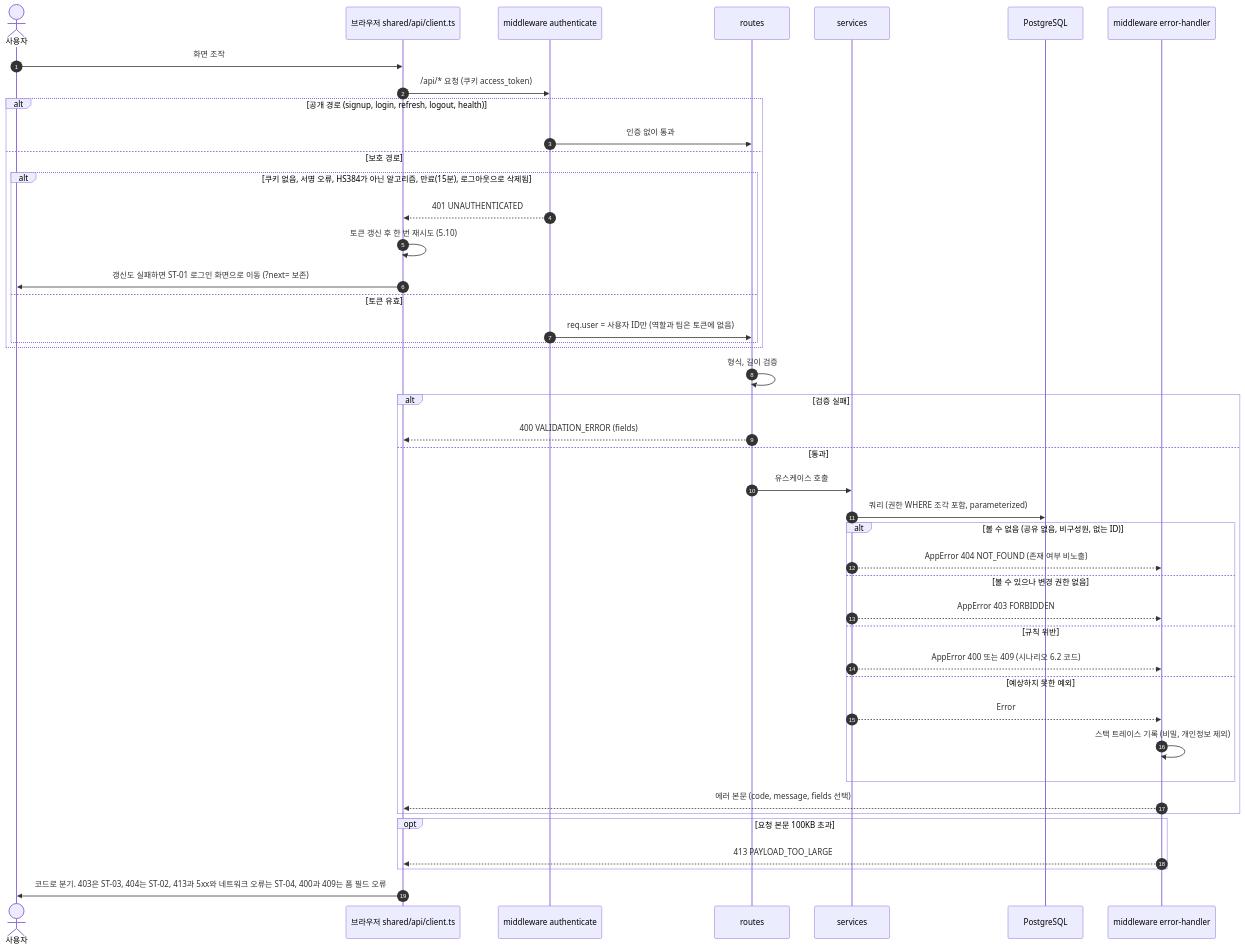
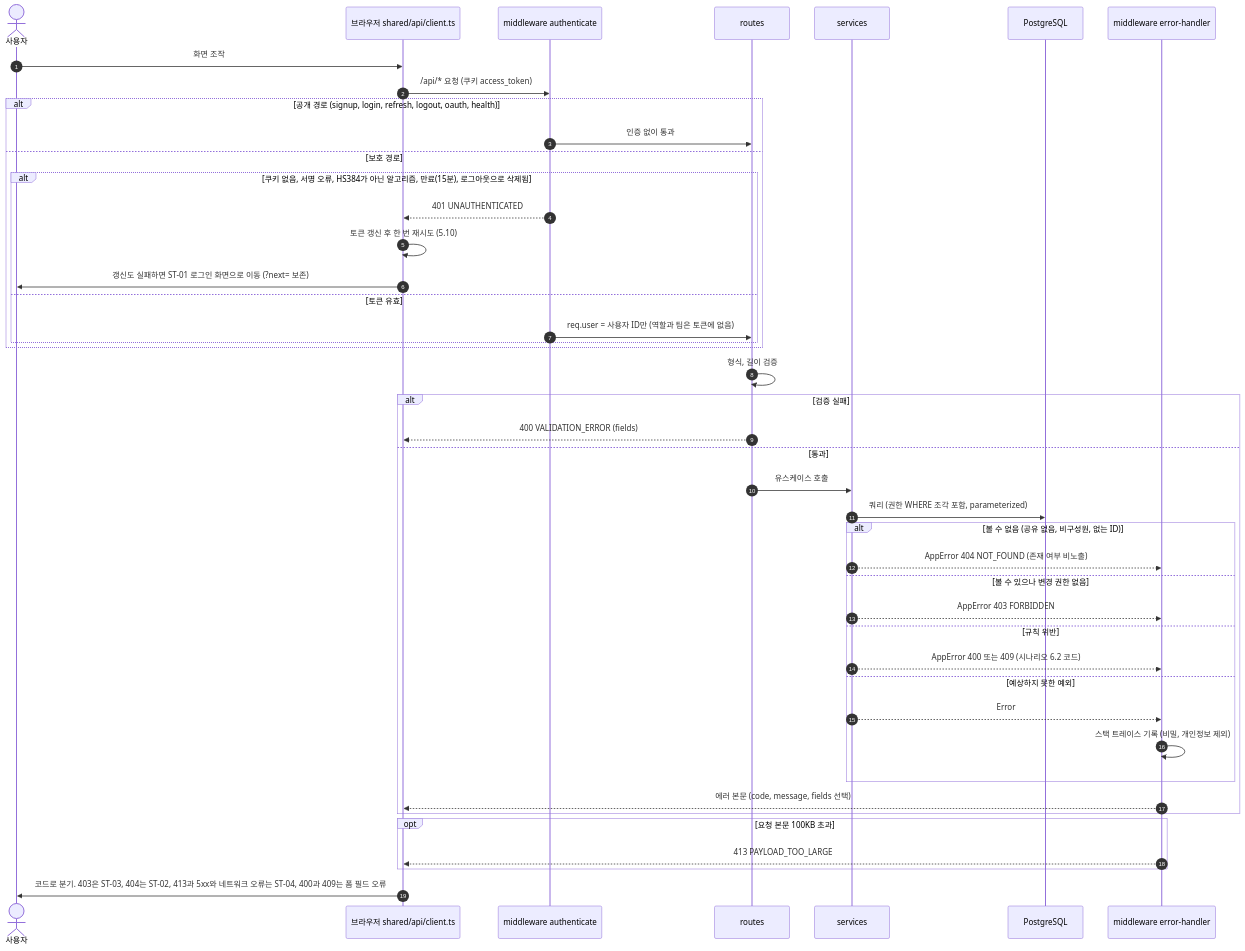
The fifth of 15 diagrams in docs/6-arch-diagram.md (hjining-o/todolist-app), drawn with Mermaid before and after one commit. The commit also changed other lines of this file and 9 other files, not shown here.

````diff
--- a/docs/6-arch-diagram.md
+++ b/docs/6-arch-diagram.md
@@ -228,47 +237,47 @@
 ```mermaid
 sequenceDiagram
     autonumber
     actor U as 사용자
     participant CL as 브라우저 shared/api/client.ts
     participant AM as middleware authenticate
     participant RT as routes
     participant SV as services
     participant DB as PostgreSQL
     participant EH as middleware error-handler
 
     U->>CL: 화면 조작
     CL->>AM: /api/* 요청 (쿠키 access_token)
-    alt 공개 경로 (signup, login, refresh, logout, health)
+    alt 공개 경로 (signup, login, refresh, logout, oauth, health)
         AM->>RT: 인증 없이 통과
     else 보호 경로
         alt 쿠키 없음, 서명 오류, HS384가 아닌 알고리즘, 만료(15분), 로그아웃으로 삭제됨
             AM-->>CL: 401 UNAUTHENTICATED
             CL->>CL: 토큰 갱신 후 한 번 재시도 (5.10)
             CL->>U: 갱신도 실패하면 ST-01 로그인 화면으로 이동 (?next= 보존)
         else 토큰 유효
             AM->>RT: req.user = 사용자 ID만 (역할과 팀은 토큰에 없음)
         end
     end
     RT->>RT: 형식, 길이 검증
     alt 검증 실패
         RT-->>CL: 400 VALIDATION_ERROR (fields)
     else 통과
         RT->>SV: 유스케이스 호출
         SV->>DB: 쿼리 (권한 WHERE 조각 포함, parameterized)
         alt 볼 수 없음 (공유 없음, 비구성원, 없는 ID)
             SV-->>EH: AppError 404 NOT_FOUND (존재 여부 비노출)
         else 볼 수 있으나 변경 권한 없음
             SV-->>EH: AppError 403 FORBIDDEN
         else 규칙 위반
             SV-->>EH: AppError 400 또는 409 (시나리오 6.2 코드)
         else 예상하지 못한 예외
             SV-->>EH: Error
             EH->>EH: 스택 트레이스 기록 (비밀, 개인정보 제외)
         end
         EH-->>CL: 에러 본문 (code, message, fields 선택)
     end
     opt 요청 본문 100KB 초과
         EH-->>CL: 413 PAYLOAD_TOO_LARGE
     end
     CL->>U: 코드로 분기. 403은 ST-03, 404는 ST-02, 413과 5xx와 네트워크 오류는 ST-04, 400과 409는 폼 필드 오류
 ```
````
